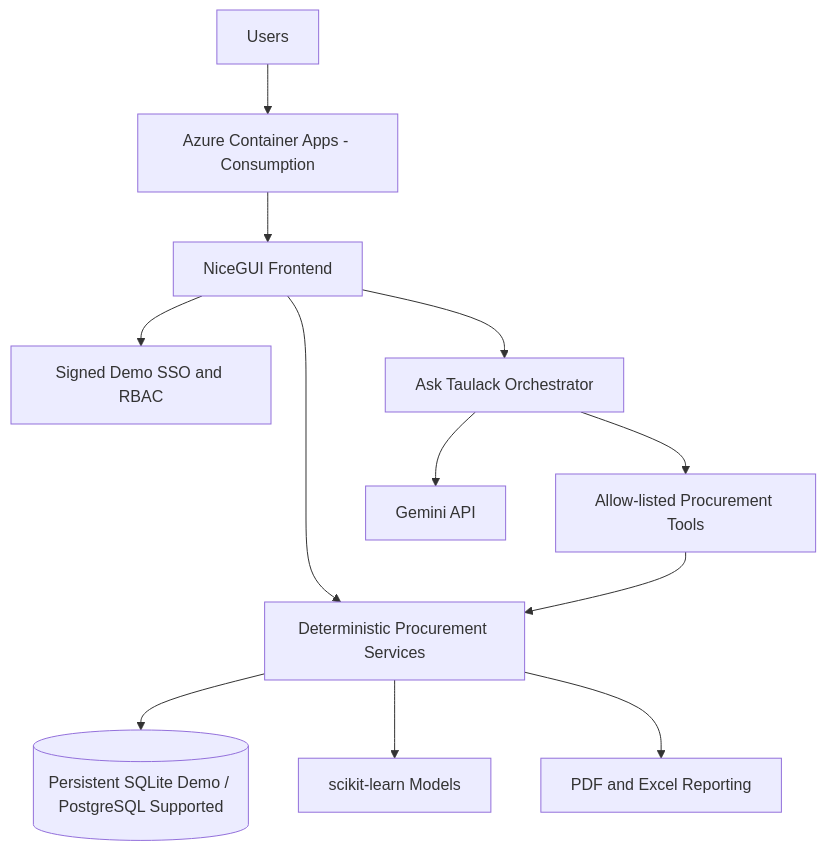
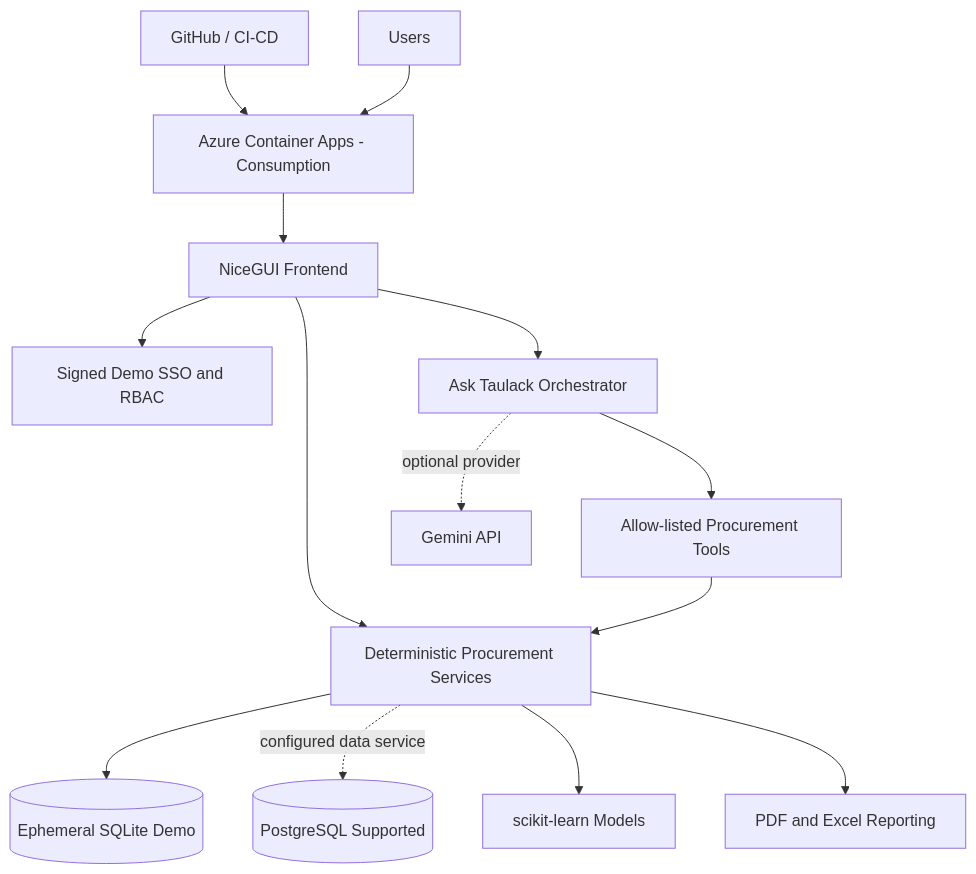
The diagram in README.md (mirza019/procureai), drawn with Mermaid before and after one commit. The commit also changed other lines of this file and 2 other files, not shown here.

Commit message:
Document canonical Azure deployment and improve source link

````diff
--- a/README.md
+++ b/README.md
@@ -77,14 +80,16 @@
 ```mermaid
 flowchart TB
-    U[Users] --> AZ[Azure Container Apps - Consumption]
+    GH[GitHub / CI-CD] --> AZ[Azure Container Apps - Consumption]
+    U[Users] --> AZ
     AZ --> UI[NiceGUI Frontend]
     UI --> AUTH[Signed Demo SSO and RBAC]
     UI --> SVC[Deterministic Procurement Services]
     UI --> TAU[Ask Taulack Orchestrator]
     TAU --> TOOLS[Allow-listed Procurement Tools]
     TOOLS --> SVC
-    TAU --> LLM[Gemini API]
-    SVC --> DB[(Persistent SQLite Demo / PostgreSQL Supported)]
+    TAU -. optional provider .-> LLM[Gemini API]
+    SVC --> DB[(Ephemeral SQLite Demo)]
+    SVC -. configured data service .-> PG[(PostgreSQL Supported)]
     SVC --> ML[scikit-learn Models]
     SVC --> REP[PDF and Excel Reporting]
 ```
````
